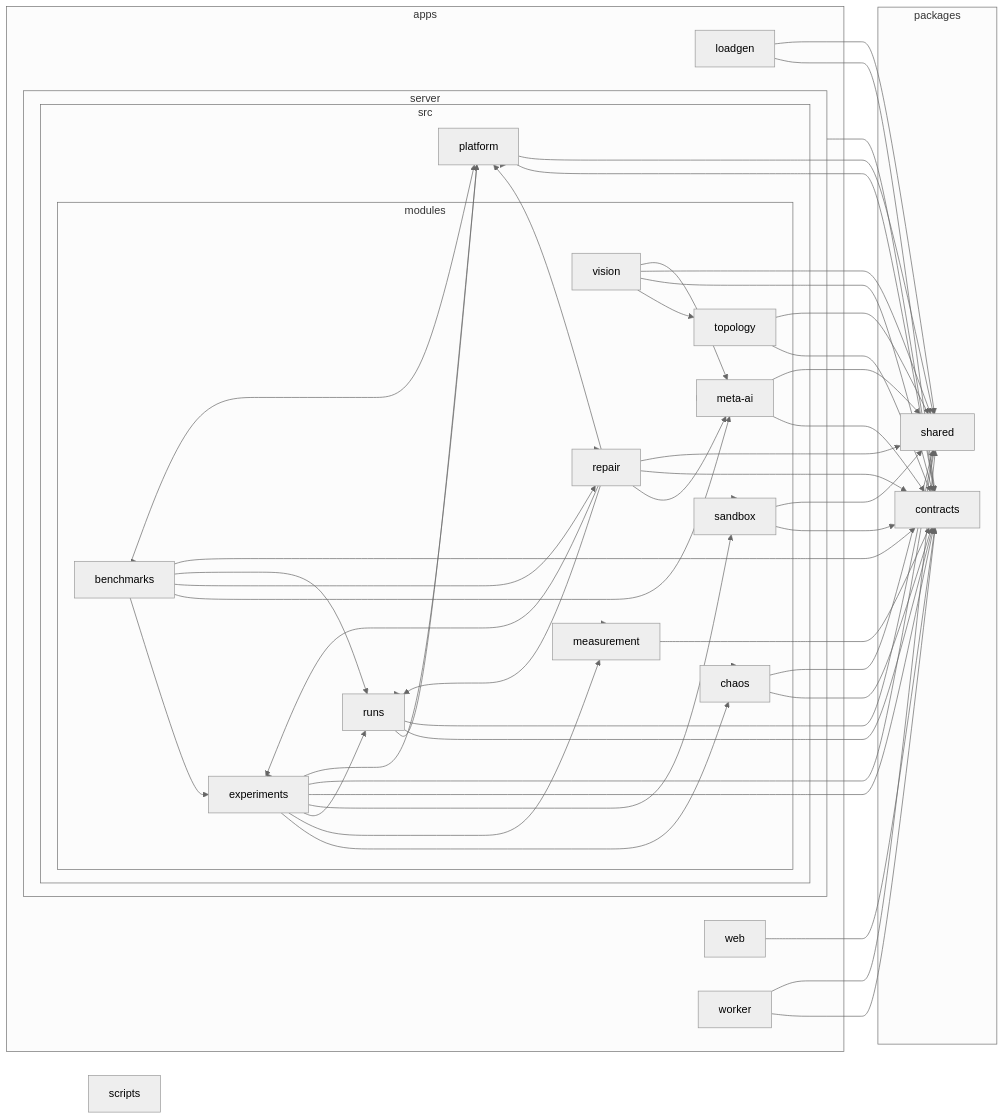
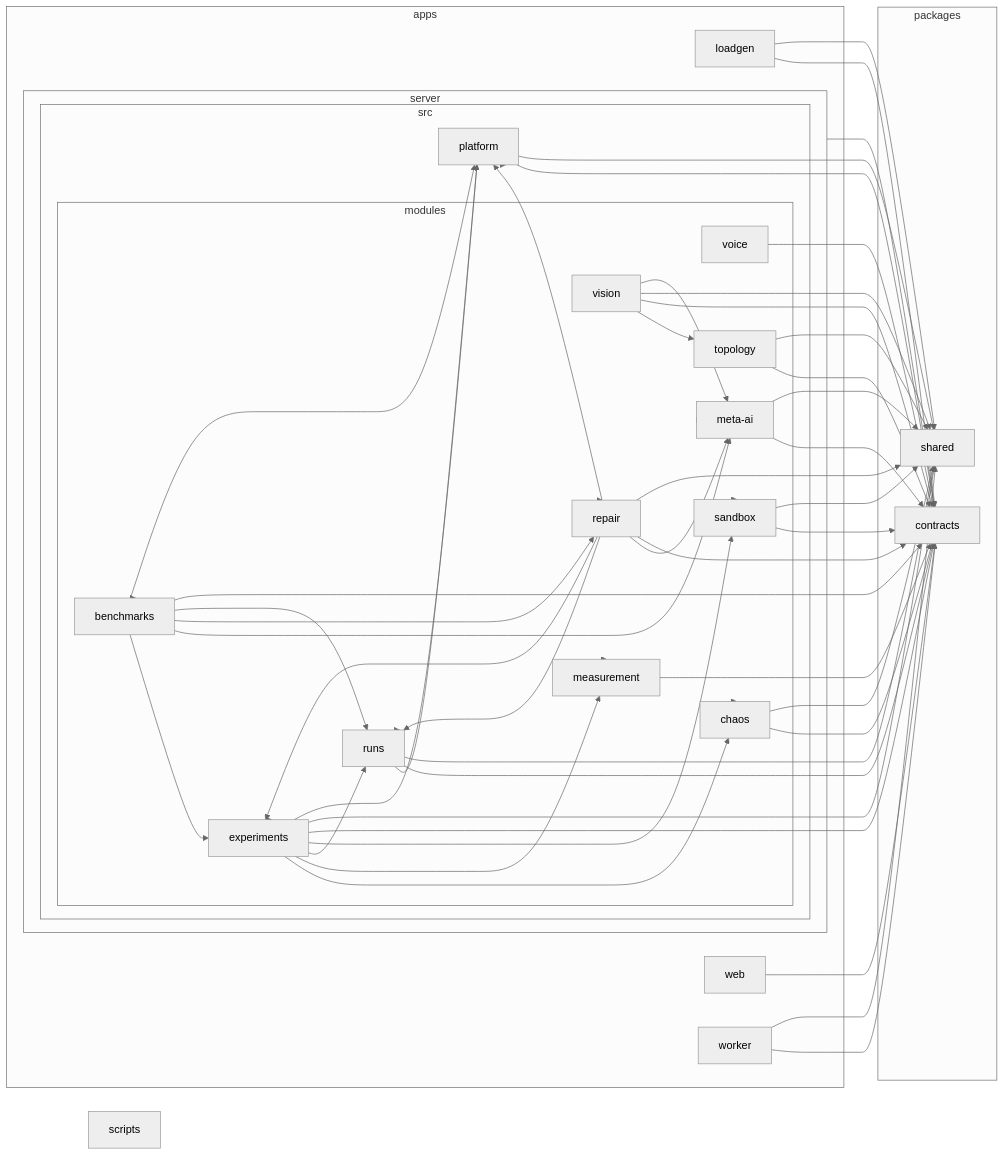
Before and after one commit to Jagdish-Padhi/EchmaMeet: the diagram in docs/architecture.md, drawn with Mermaid (neutral theme). The commit also changed 2 other files, not shown here.

Commit message:
docs: record phase 9 voice decisions and update architecture graph

````diff
--- a/docs/architecture.md
+++ b/docs/architecture.md
@@ -73,20 +73,21 @@
 C["sandbox"]
 D["topology"]
 E["vision"]
+F["voice"]
 end
-F["platform"]
+G["platform"]
 end
 end
-G["web"]
-H["worker"]
+H["web"]
+I["worker"]
 end
-subgraph I["packages"]
-J["contracts"]
-K["shared"]
+subgraph J["packages"]
+K["contracts"]
+L["shared"]
 end
-L["scripts"]
-1-->J
+M["scripts"]
 1-->K
+1-->L
 2-->5
 2-->6
 2-->7
@@ -97,46 +98,48 @@
 2-->D
 2-->E
 2-->F
+2-->G
 2-->C
-2-->J
+2-->K
 5-->7
 5-->9
 5-->A
 5-->B
-5-->J
-5-->F
-6-->J
+5-->K
+5-->G
 6-->K
+6-->L
 7-->6
 7-->8
 7-->B
 7-->C
-7-->J
 7-->K
-7-->F
-8-->J
-9-->J
+7-->L
+7-->G
+8-->K
 9-->K
+9-->L
 A-->7
 A-->9
 A-->B
-A-->J
 A-->K
-A-->F
-B-->F
-B-->J
+A-->L
+A-->G
+B-->G
 B-->K
-C-->J
+B-->L
 C-->K
-D-->J
+C-->L
 D-->K
+D-->L
 E-->D
-E-->J
 E-->K
+E-->L
 E-->9
-F-->J
 F-->K
-G-->J
-H-->J
+G-->K
+G-->L
 H-->K
+I-->K
+I-->L
 ```
````
